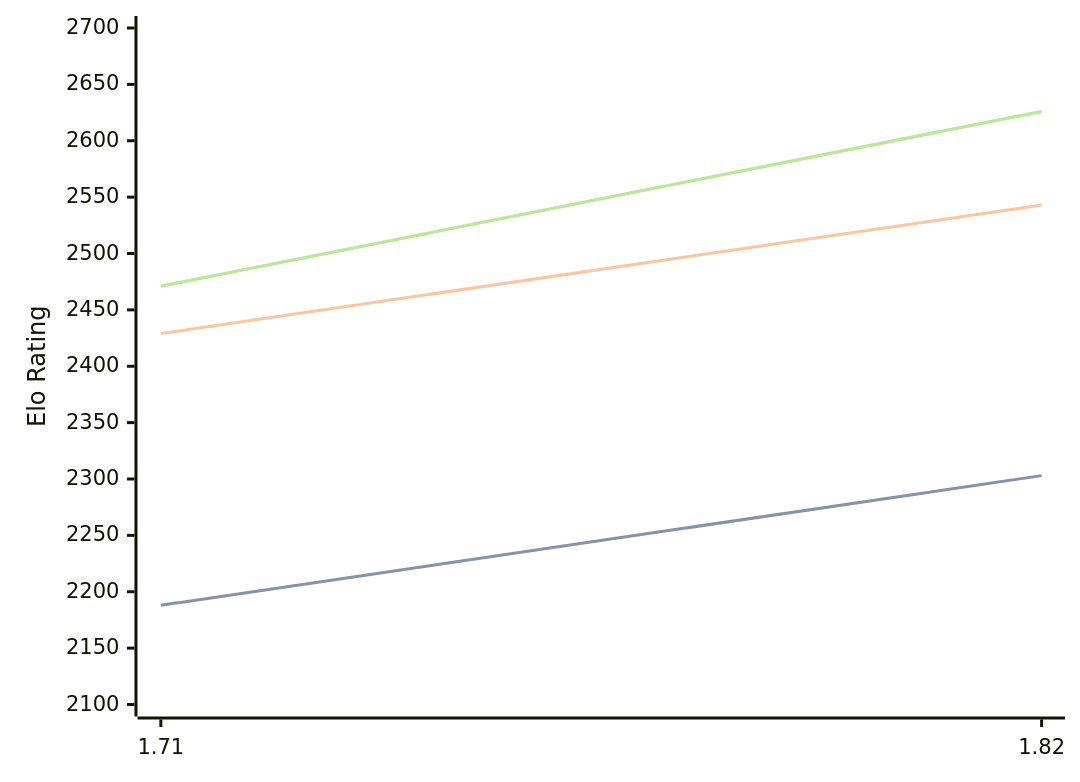
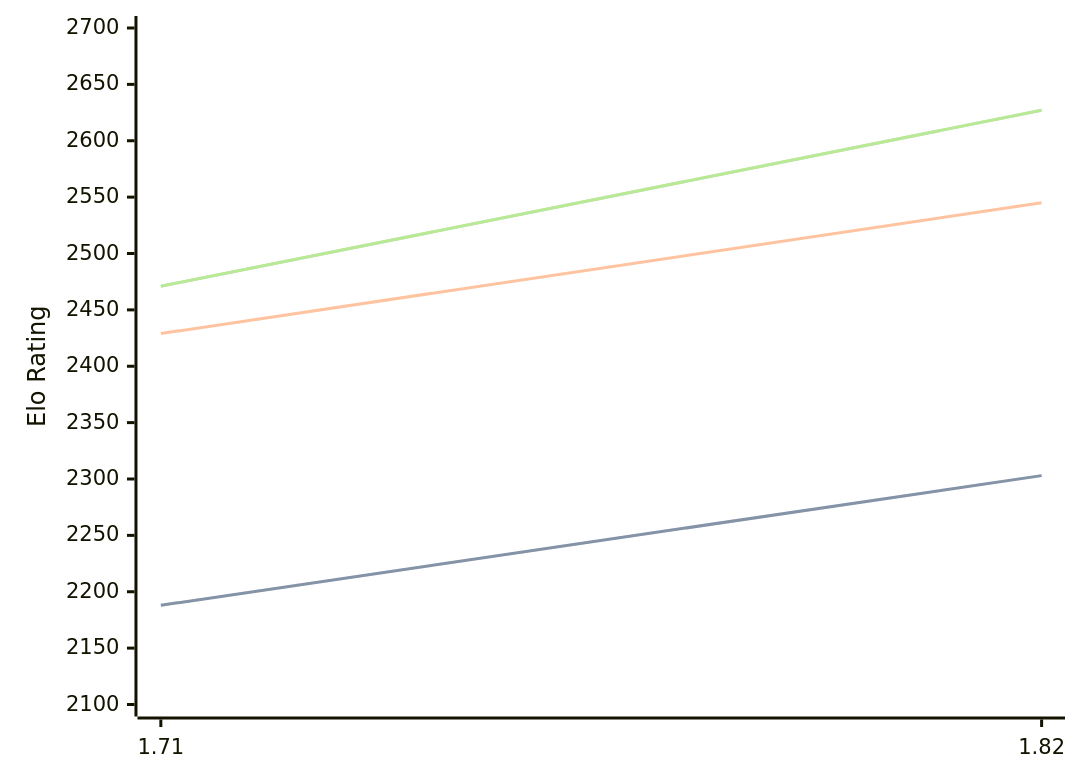
One commit to computer-chess-index/cci changed the diagram in engines/Amira.md. Above: the diagram before and after it, drawn with Mermaid. The commit also changed other lines of this file, not shown here.

Commit message:
Update CCI Ratings (ELO VLTC) - 2026-09-13

````diff
--- a/engines/Amira.md
+++ b/engines/Amira.md
@@ -32,11 +32,11 @@
 ```mermaid
 %%{init: {"theme":"base","themeVariables":{"seriesColors:['#a3a3a3','#222221','#faa371']}}}%%
 xychart-beta
   x-axis ["1.71", "1.82"]
   y-axis "Elo Rating" 2100 --> 2700
   line "" [2188, 2303]
   line "STC (8.0+0.08s)" [2188, 2303]
-  line "LTC (60.0+0.60s)" [2429, 2543]
-  line "" [2471, 2626]
-  line "VLTC (2m24s+1.12s)" [2471, 2626]
+  line "LTC (60.0+0.60s)" [2429, 2545]
+  line "" [2471, 2627]
+  line "VLTC (2m24s+1.12s)" [2471, 2627]
 ```
````
